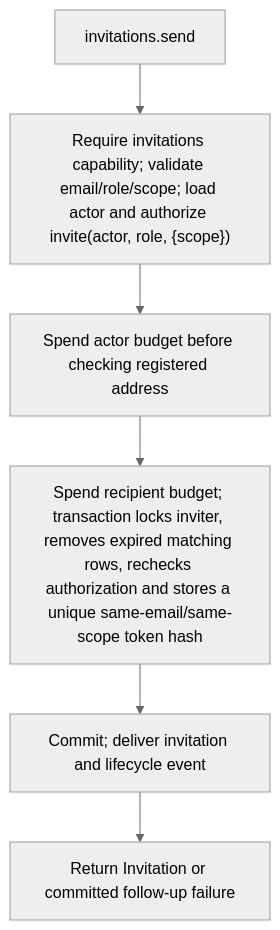
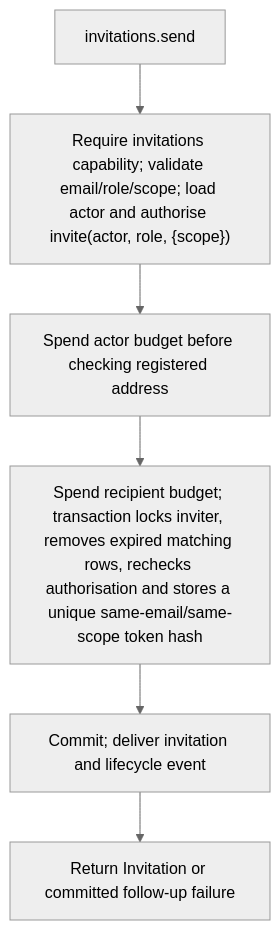
The second of 2 diagrams in user-stories/US-ACCOUNT-08-send-invitation.md (Kevinjohn/oss-adonisjs-account-kit), drawn with Mermaid (neutral theme) before and after one commit. The commit also changed other lines of this file and 93 other files, not shown here.

````diff
--- a/user-stories/US-ACCOUNT-08-send-invitation.md
+++ b/user-stories/US-ACCOUNT-08-send-invitation.md
@@ -33,8 +33,8 @@
 ```mermaid
 flowchart TD
- A["invitations.send"] --> B["Require invitations capability; validate email/role/scope; load actor and authorize invite(actor, role, {scope})"]
+ A["invitations.send"] --> B["Require invitations capability; validate email/role/scope; load actor and authorise invite(actor, role, {scope})"]
  B --> C["Spend actor budget before checking registered address"]
- C --> D["Spend recipient budget; transaction locks inviter, removes expired matching rows, rechecks authorization and stores a unique same-email/same-scope token hash"]
+ C --> D["Spend recipient budget; transaction locks inviter, removes expired matching rows, rechecks authorisation and stores a unique same-email/same-scope token hash"]
  D --> E["Commit; deliver invitation and lifecycle event"]
  E --> F["Return Invitation or committed follow-up failure"]
 ```
````
